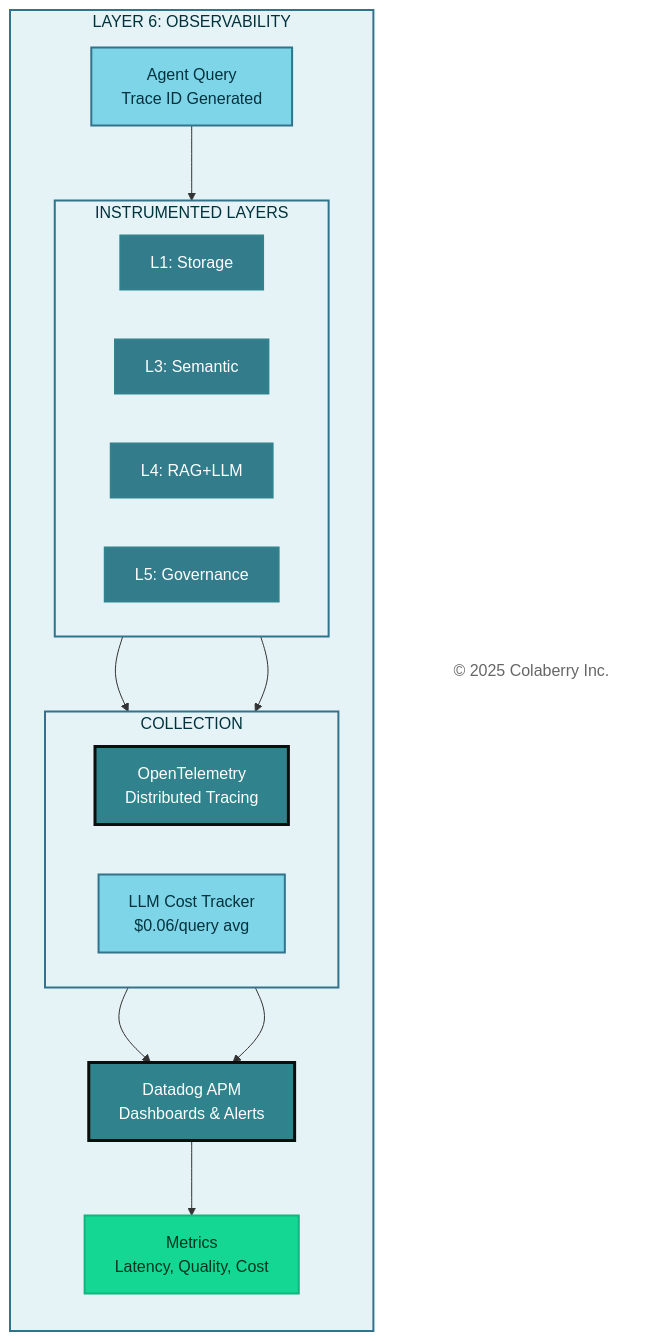
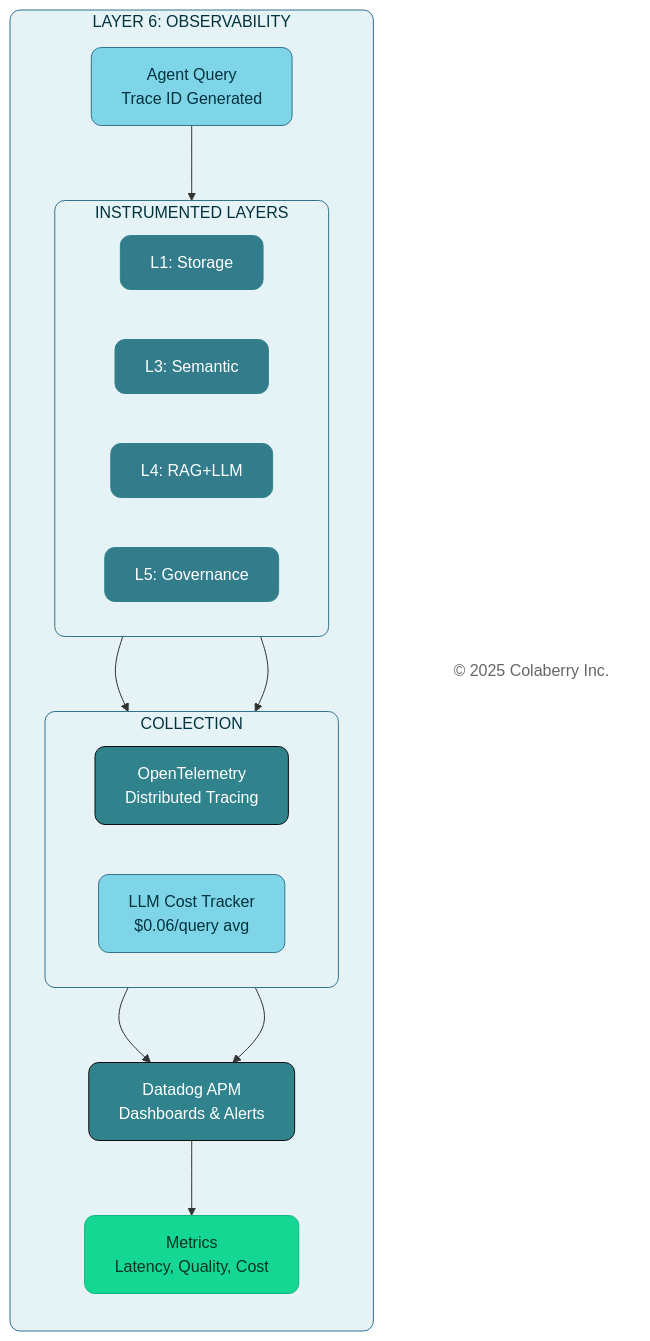
One commit to colaberry/trust-before-intelligence-book changed the seventh of 14 diagrams in manuscript/07_chapter_6_transparency_orchestration_layers.md. Above: the diagram before and after it, drawn with Mermaid. The commit also changed other lines of this file and 12 other files, not shown here.

````diff
--- a/manuscript/07_chapter_6_transparency_orchestration_layers.md
+++ b/manuscript/07_chapter_6_transparency_orchestration_layers.md
@@ -604,49 +604,49 @@
 ```mermaid
 
 graph TB
     subgraph LAYER6["LAYER 6: OBSERVABILITY"]
         direction TB
         Query["Agent Query<br/>Trace ID Generated"]
         
         subgraph LAYERS["INSTRUMENTED LAYERS"]
             direction LR
             L1["L1: Storage"]
             L3["L3: Semantic"]
             L4["L4: RAG+LLM"]
             L5["L5: Governance"]
         end
         
         subgraph COLLECTION["COLLECTION"]
             direction LR
             OTEL["OpenTelemetry<br/>Distributed Tracing"]
             LLM["LLM Cost Tracker<br/>$0.06/query avg"]
         end
         
         DD["Datadog APM<br/>Dashboards & Alerts"]
         Metrics["Metrics<br/>Latency, Quality, Cost"]
     end
     
     Copyright["© 2025 Colaberry Inc."]
     
     Query --> LAYERS
     LAYERS --> OTEL
     L4 --> LLM
     OTEL --> DD
     LLM --> DD
     DD --> Metrics
     
-    style LAYER6 fill:#E6F3F6,stroke:#32738C,stroke-width:2px,color:#00323D
-    style Query fill:#7FD5E8,stroke:#32738C,stroke-width:2px,color:#00323D
-    style LAYERS fill:#E6F3F6,stroke:#32738C,stroke-width:2px,color:#00323D
-    style L1 fill:#327C8C,stroke:#30838C,stroke-width:2px,color:#ffffff
-    style L3 fill:#327C8C,stroke:#30838C,stroke-width:2px,color:#ffffff
-    style L4 fill:#327C8C,stroke:#30838C,stroke-width:2px,color:#ffffff
-    style L5 fill:#327C8C,stroke:#30838C,stroke-width:2px,color:#ffffff
-    style COLLECTION fill:#E6F3F6,stroke:#32738C,stroke-width:2px,color:#00323D
-    style OTEL fill:#30838C,color:#ffffff,stroke:#0D0D0D,stroke-width:3px
-    style LLM fill:#7FD5E8,stroke:#32738C,stroke-width:2px,color:#00323D
-    style DD fill:#30838C,color:#ffffff,stroke:#0D0D0D,stroke-width:3px
-    style Metrics fill:#14D793,color:#003322,stroke:#0FB67D,stroke-width:2px
-    style Copyright fill:#ffffff,stroke:none,color:#666666
+    style LAYER6 fill:#E6F3F6,stroke:#32738C,stroke-width:1px,color:#00323D,rx:10,ry:10
+    style Query fill:#7FD5E8,stroke:#32738C,stroke-width:1px,color:#00323D,rx:10,ry:10
+    style LAYERS fill:#E6F3F6,stroke:#32738C,stroke-width:1px,color:#00323D,rx:10,ry:10
+    style L1 fill:#327C8C,stroke:#30838C,stroke-width:1px,color:#ffffff,rx:10,ry:10
+    style L3 fill:#327C8C,stroke:#30838C,stroke-width:1px,color:#ffffff,rx:10,ry:10
+    style L4 fill:#327C8C,stroke:#30838C,stroke-width:1px,color:#ffffff,rx:10,ry:10
+    style L5 fill:#327C8C,stroke:#30838C,stroke-width:1px,color:#ffffff,rx:10,ry:10
+    style COLLECTION fill:#E6F3F6,stroke:#32738C,stroke-width:1px,color:#00323D,rx:10,ry:10
+    style OTEL fill:#30838C,color:#ffffff,stroke:#0D0D0D,stroke-width:1px,rx:10,ry:10
+    style LLM fill:#7FD5E8,stroke:#32738C,stroke-width:1px,color:#00323D,rx:10,ry:10
+    style DD fill:#30838C,color:#ffffff,stroke:#0D0D0D,stroke-width:1px,rx:10,ry:10
+    style Metrics fill:#14D793,color:#003322,stroke:#0FB67D,stroke-width:1px,rx:10,ry:10
+    style Copyright fill:none,stroke:none,color:#666666
 
 ```
````
